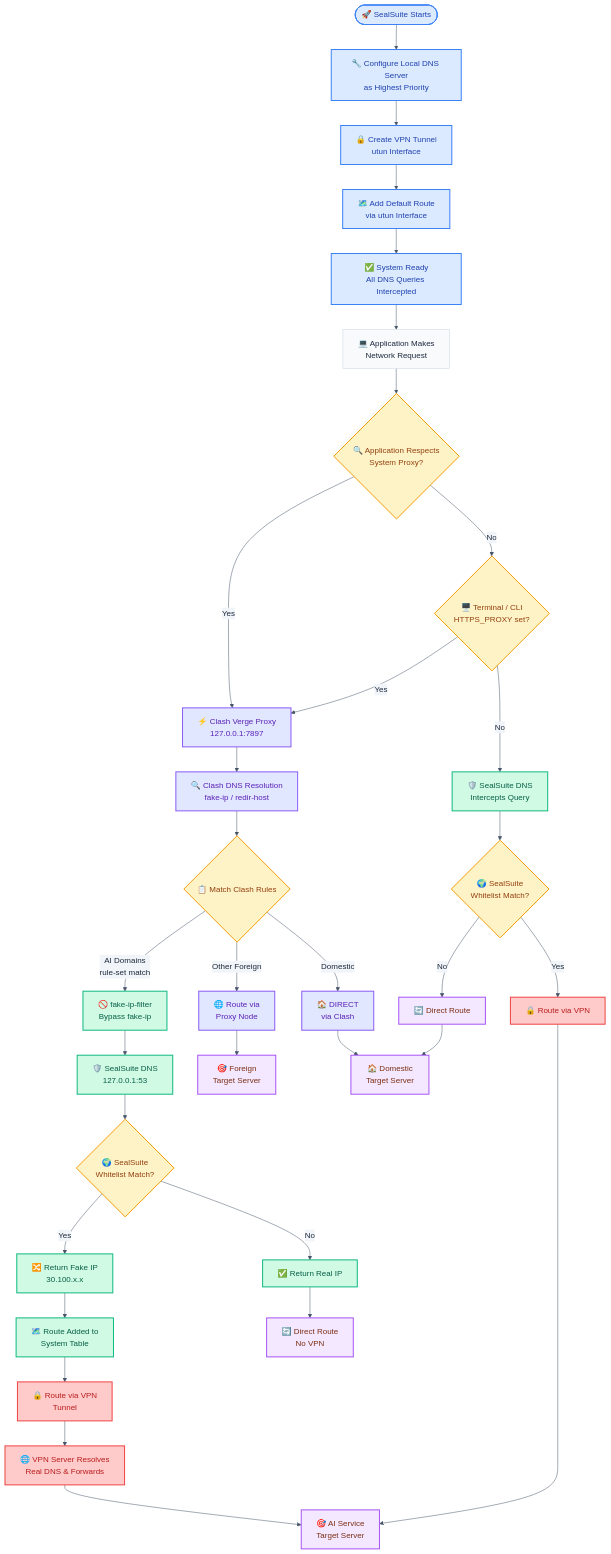
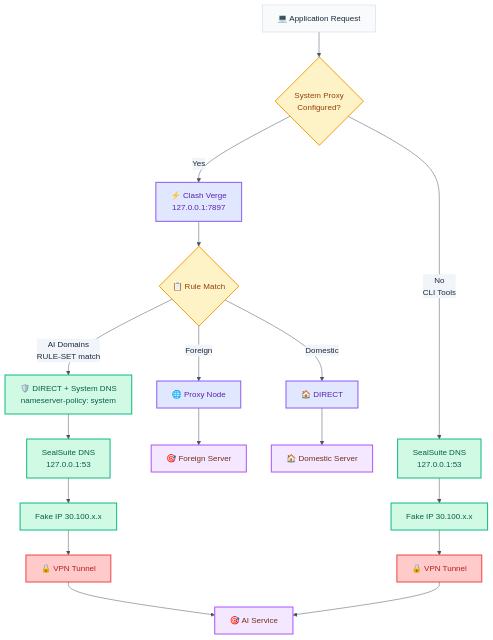
The diagram in sealsuite-clashverge-integration-flow.md (badboy608/docs), drawn with Mermaid before and after one commit. The commit also changed other lines of this file, not shown here.

Commit message:
docs(main): simplify SealSuite + Clash Verge integration doc to actual changes only

````diff
--- a/sealsuite-clashverge-integration-flow.md
+++ b/sealsuite-clashverge-integration-flow.md
@@ -7,72 +7,39 @@
 ```mermaid
 %%{init: {'theme': 'base', 'themeVariables': { 'primaryColor': '#F8FAFC', 'primaryTextColor': '#1E293B', 'primaryBorderColor': '#CBD5E1', 'lineColor': '#475569', 'secondaryColor': '#F1F5F9', 'tertiaryColor': '#E2E8F0', 'background': '#FFFFFF', 'mainBkg': '#F8FAFC', 'secondBkg': '#F1F5F9'}}}%%
 flowchart TD
-    %% Setup Phase
-    Start([🚀 SealSuite Starts]) --> Setup[🔧 Configure Local DNS Server<br/>as Highest Priority]
-    Setup --> VPN[🔒 Create VPN Tunnel<br/>utun Interface]
-    VPN --> DefaultRoute[🗺️ Add Default Route<br/>via utun Interface]
-    DefaultRoute --> Ready[✅ System Ready<br/>All DNS Queries Intercepted]
+    AppReq[💻 Application Request] --> ProxyCheck{System Proxy<br/>Configured?}
 
-    %% Application Request
-    Ready --> AppReq[💻 Application Makes<br/>Network Request]
+    %% Proxy-aware apps (browser)
+    ProxyCheck -->|Yes| ClashProxy[⚡ Clash Verge<br/>127.0.0.1:7897]
+    ClashProxy --> RuleMatch{📋 Rule Match}
 
-    %% Proxy Detection
-    AppReq --> ProxyCheck{🔍 Application Respects<br/>System Proxy?}
+    RuleMatch -->|AI Domains<br/>RULE-SET match| AIPath[🛡️ DIRECT + System DNS<br/>nameserver-policy: system]
+    RuleMatch -->|Foreign| ProxyNode[🌐 Proxy Node]
+    RuleMatch -->|Domestic| DirectClash[🏠 DIRECT]
 
-    %% Clash Verge Path - Proxy Aware Apps
-    ProxyCheck -->|Yes| ClashProxy[⚡ Clash Verge Proxy<br/>127.0.0.1:7897]
-    ClashProxy --> ClashDNS[🔍 Clash DNS Resolution<br/>fake-ip / redir-host]
-    ClashDNS --> RuleMatch{📋 Match Clash Rules}
+    AIPath --> SealDNS[SealSuite DNS<br/>127.0.0.1:53]
+    SealDNS --> FakeIP[Fake IP 30.100.x.x]
+    FakeIP --> VPNTunnel[🔒 VPN Tunnel]
+    VPNTunnel --> AITarget[🎯 AI Service]
 
-    %% Clash Rule Matching
-    RuleMatch -->|AI Domains<br/>rule-set match| FakeIPFilter[🚫 fake-ip-filter<br/>Bypass fake-ip]
-    RuleMatch -->|Other Foreign| ClashNode[🌐 Route via<br/>Proxy Node]
-    RuleMatch -->|Domestic| ClashDirect[🏠 DIRECT<br/>via Clash]
+    ProxyNode --> ForeignTarget[🎯 Foreign Server]
+    DirectClash --> DomesticTarget[🏠 Domestic Server]
 
-    %% AI Domain - System DNS Path
-    FakeIPFilter --> SystemDNS[🛡️ SealSuite DNS<br/>127.0.0.1:53]
-    SystemDNS --> DomainCheck{🌍 SealSuite<br/>Whitelist Match?}
+    %% CLI tools (no proxy)
+    ProxyCheck -->|No<br/>CLI Tools| SealDNS2[SealSuite DNS<br/>127.0.0.1:53]
+    SealDNS2 --> FakeIP2[Fake IP 30.100.x.x]
+    FakeIP2 --> VPNTunnel2[🔒 VPN Tunnel]
+    VPNTunnel2 --> AITarget
 
-    %% SealSuite Whitelist Hit
-    DomainCheck -->|Yes| FakeIP[🔀 Return Fake IP<br/>30.100.x.x]
-    FakeIP --> RouteAdd[🗺️ Route Added to<br/>System Table]
-    RouteAdd --> VPNTunnel[🔒 Route via VPN<br/>Tunnel]
-    VPNTunnel --> VPNServer[🌐 VPN Server Resolves<br/>Real DNS & Forwards]
-    VPNServer --> AITarget[🎯 AI Service<br/>Target Server]
-
-    %% SealSuite Whitelist Miss
-    DomainCheck -->|No| RealIP[✅ Return Real IP]
-    RealIP --> DirectOut[🔄 Direct Route<br/>No VPN]
-
-    %% Proxy Node Path
-    ClashNode --> ForeignTarget[🎯 Foreign<br/>Target Server]
-
-    %% Direct Path
-    ClashDirect --> DomesticTarget[🏠 Domestic<br/>Target Server]
-
-    %% Non-Proxy Apps (CLI tools etc.)
-    ProxyCheck -->|No| CLICheck{🖥️ Terminal / CLI<br/>HTTPS_PROXY set?}
-    CLICheck -->|Yes| ClashProxy
-    CLICheck -->|No| SealDNS2[🛡️ SealSuite DNS<br/>Intercepts Query]
-    SealDNS2 --> DomainCheck2{🌍 SealSuite<br/>Whitelist Match?}
-    DomainCheck2 -->|Yes| VPNTunnel2[🔒 Route via VPN]
-    VPNTunnel2 --> AITarget
-    DomainCheck2 -->|No| DirectOut2[🔄 Direct Route]
-    DirectOut2 --> DomesticTarget
-
-    %% Styling
-    classDef setupPhase fill:#DBEAFE,stroke:#3B82F6,stroke-width:2px,color:#1E40AF
-    classDef dnsProcess fill:#D1FAE5,stroke:#10B981,stroke-width:2px,color:#065F46
     classDef decision fill:#FEF3C7,stroke:#F59E0B,stroke-width:2px,color:#92400E
     classDef clashProcess fill:#E0E7FF,stroke:#8B5CF6,stroke-width:2px,color:#5B21B6
     classDef vpnProcess fill:#FECACA,stroke:#EF4444,stroke-width:2px,color:#B91C1C
+    classDef dnsProcess fill:#D1FAE5,stroke:#10B981,stroke-width:2px,color:#065F46
     classDef target fill:#F3E8FF,stroke:#A855F7,stroke-width:2px,color:#7C2D12
-    classDef cliProcess fill:#FFF7ED,stroke:#F97316,stroke-width:2px,color:#9A3412
 
-    class Start,Setup,VPN,DefaultRoute,Ready setupPhase
-    class SystemDNS,FakeIPFilter,FakeIP,RealIP,RouteAdd,SealDNS2 dnsProcess
-    class ProxyCheck,RuleMatch,DomainCheck,DomainCheck2,CLICheck decision
-    class ClashProxy,ClashDNS,ClashNode,ClashDirect clashProcess
-    class VPNTunnel,VPNServer,VPNTunnel2 vpnProcess
-    class AITarget,ForeignTarget,DomesticTarget,DirectOut,DirectOut2 target
+    class ProxyCheck,RuleMatch decision
+    class ClashProxy,ProxyNode,DirectClash clashProcess
+    class VPNTunnel,VPNTunnel2 vpnProcess
+    class AIPath,SealDNS,SealDNS2,FakeIP,FakeIP2 dnsProcess
+    class AITarget,ForeignTarget,DomesticTarget target
 ```
````
